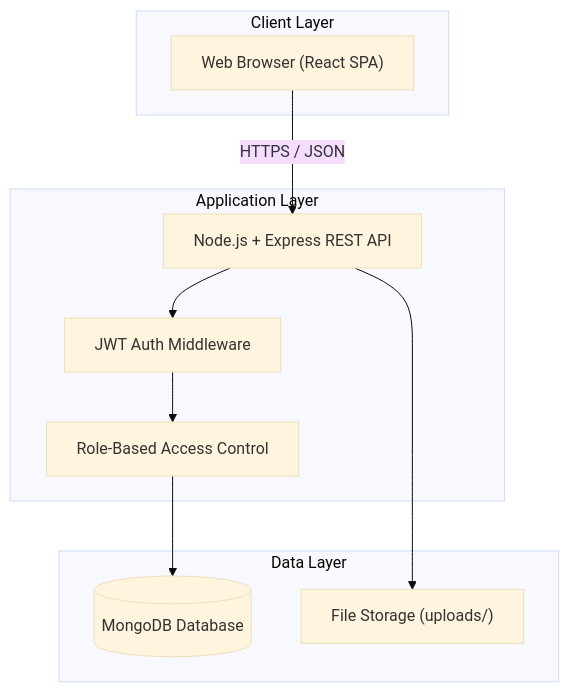
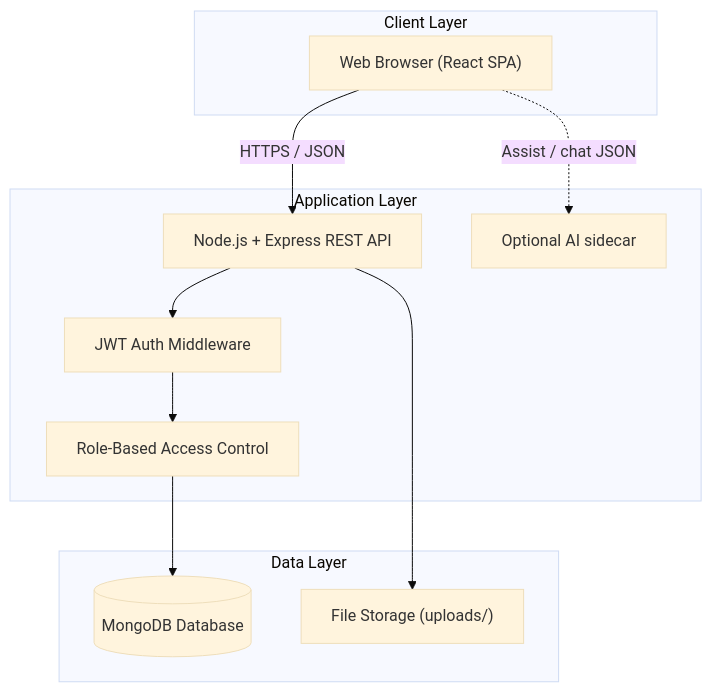
One commit to esmaelmohammed-ux/Adama-city-citizen-complaint-and-request-management-system changed the first of 7 diagrams in Project_Proposal_Web_Based_Citizen_Complaint_and_Service_Request.md. Above: the diagram before and after it, drawn with Mermaid (base theme). The commit also changed other lines of this file and 72 other files, not shown here.

````diff
--- a/Project_Proposal_Web_Based_Citizen_Complaint_and_Service_Request.md
+++ b/Project_Proposal_Web_Based_Citizen_Complaint_and_Service_Request.md
@@ -460,23 +463,25 @@
 ```mermaid
 flowchart TB
     subgraph Client["Client Layer"]
         Browser["Web Browser (React SPA)"]
     end
 
     subgraph Server["Application Layer"]
         API["Node.js + Express REST API"]
         Auth["JWT Auth Middleware"]
         RBAC["Role-Based Access Control"]
+        AI["Optional AI sidecar"]
     end
 
     subgraph Data["Data Layer"]
         MongoDB[(MongoDB Database)]
         Storage["File Storage (uploads/)"]
     end
 
     Browser -->|HTTPS / JSON| API
+    Browser -.->|Assist / chat JSON| AI
     API --> Auth
     Auth --> RBAC
     RBAC --> MongoDB
     API --> Storage
 ```
````
